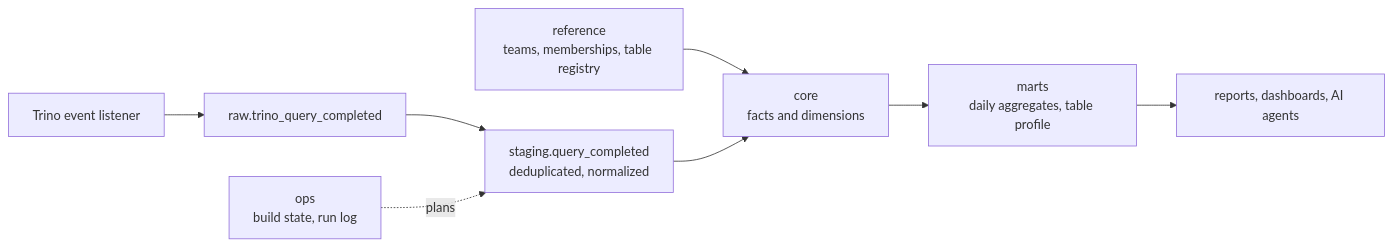
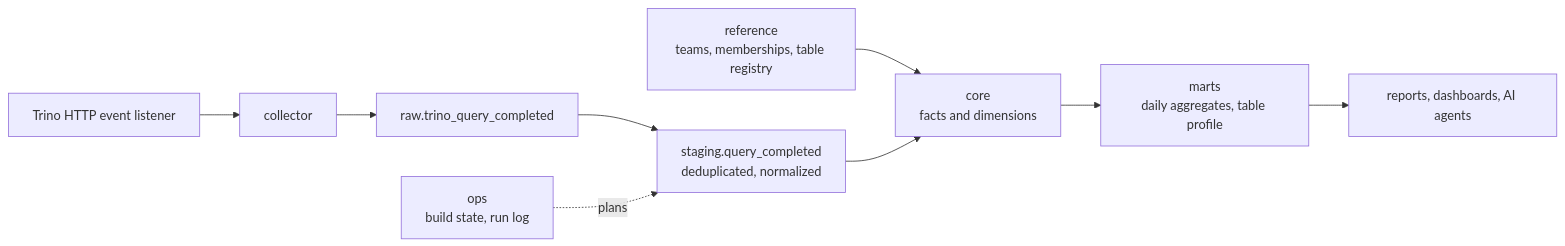
One commit to alexSerranoR/trino-usage-meta-dwh changed the first of 2 diagrams in README.md. Above: the diagram before and after it, drawn with Mermaid. The commit also changed other lines of this file, not shown here.

````diff
--- a/README.md
+++ b/README.md
@@ -77,10 +100,11 @@
 ```mermaid
 flowchart LR
-    L[Trino event listener] --> R[raw.trino_query_completed]
+    L[Trino HTTP event listener] --> COL[collector]
+    COL --> R[raw.trino_query_completed]
     REF[reference<br/>teams, memberships, table registry] --> C
     R --> S[staging.query_completed<br/>deduplicated, normalized]
     S --> C[core<br/>facts and dimensions]
     C --> M[marts<br/>daily aggregates, table profile]
     M --> Q[reports, dashboards, AI agents]
     OPS[ops<br/>build state, run log] -. plans .-> S
 ```
````
